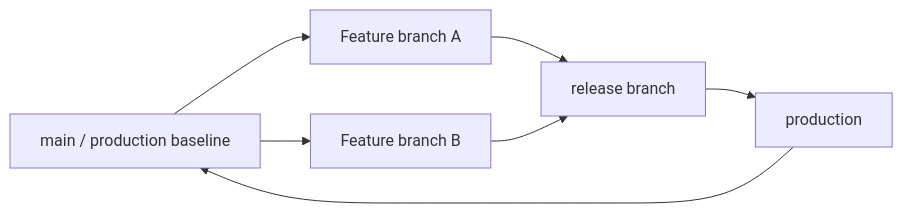
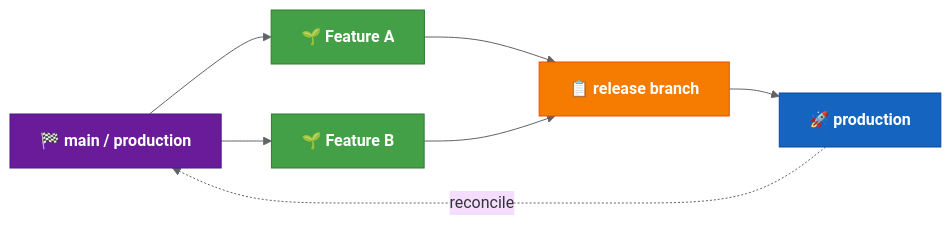
Before and after one commit to benanaktaspusulait/branching-strategy: the second of 3 diagrams in docs/branching-options.md, drawn with Mermaid. The commit also changed other lines of this file and 2 other files, not shown here.

````diff
--- a/docs/branching-options.md
+++ b/docs/branching-options.md
@@ -137,9 +145,16 @@
 ```mermaid
+%%{init: {'theme': 'base', 'themeVariables': {'lineColor': '#5f6368'}}}%%
+
 flowchart LR
-  M2["main / production baseline"] --> F2A["Feature branch A"]
-  M2 --> F2B["Feature branch B"]
-  F2A --> R2["release branch"]
+  M2["🏁 main / production"]:::prod --> F2A["🌱 Feature A"]:::feat
+  M2 --> F2B["🌱 Feature B"]:::feat
+  F2A --> R2["📋 release branch"]:::rel
   F2B --> R2
-  R2 --> PROD2["production"]
-  PROD2 --> M2
+  R2 --> PROD2["🚀 production"]:::deploy
+  PROD2 -.->|reconcile| M2
+
+  classDef prod fill:#6a1b9a,stroke:#4a148c,color:#fff,font-weight:bold
+  classDef feat fill:#43a047,stroke:#2e7d32,color:#fff,font-weight:bold
+  classDef rel fill:#f57c00,stroke:#e65100,color:#fff,font-weight:bold
+  classDef deploy fill:#1565c0,stroke:#0d47a1,color:#fff,font-weight:bold
 ```
````
